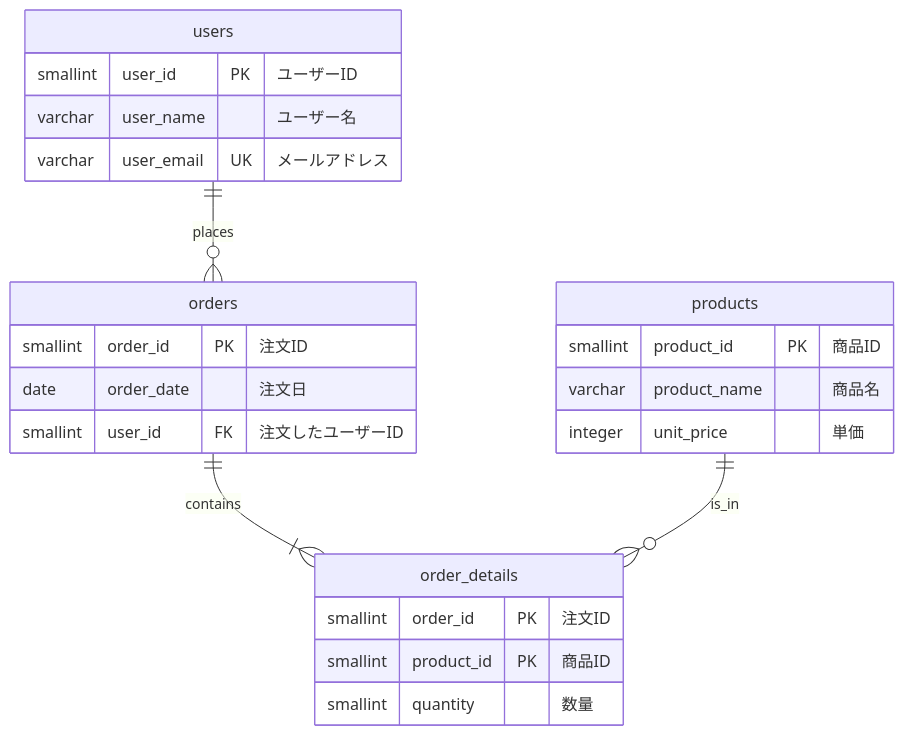
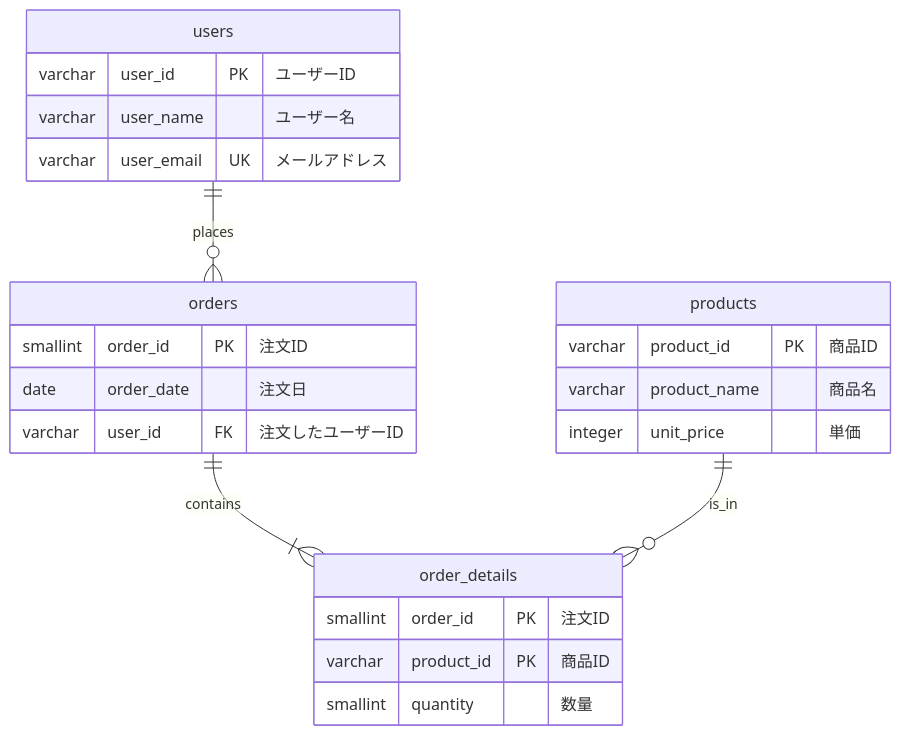
The diagram in articles/bacd1f03d0cdce.md (masaru19900208/Zennrepo), drawn with Mermaid before and after one commit. The commit also changed other lines of this file and 3 other files, not shown here.

````diff
--- a/articles/bacd1f03d0cdce.md
+++ b/articles/bacd1f03d0cdce.md
@@ -189,27 +187,27 @@
 ```mermaid
 erDiagram
   users{
-    smallint user_id PK "ユーザーID"
+    varchar user_id PK "ユーザーID"
     varchar user_name "ユーザー名"
     varchar user_email UK "メールアドレス"
   }
   products{
-    smallint product_id PK "商品ID"
+    varchar product_id PK "商品ID"
     varchar product_name "商品名"
     integer unit_price "単価"
   }
   orders{
     smallint order_id PK "注文ID"
     date order_date "注文日"
-    smallint user_id FK "注文したユーザーID"
+    varchar user_id FK "注文したユーザーID"
   }
   order_details{
     smallint order_id PK "注文ID"
-    smallint product_id PK "商品ID"
+    varchar product_id PK "商品ID"
     smallint quantity "数量"
   }
 
   users ||--o{ orders : "places"
   orders ||--|{ order_details : "contains"
   products ||--o{ order_details : "is_in"
 ```
````
